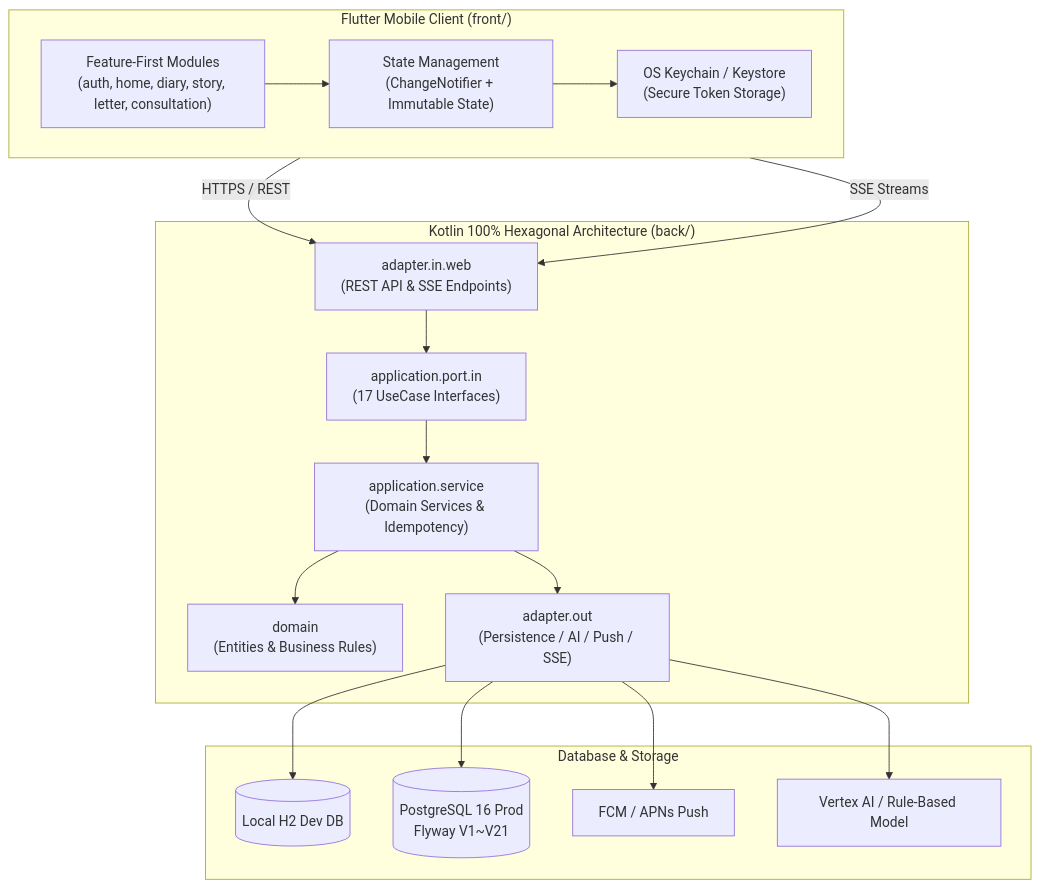
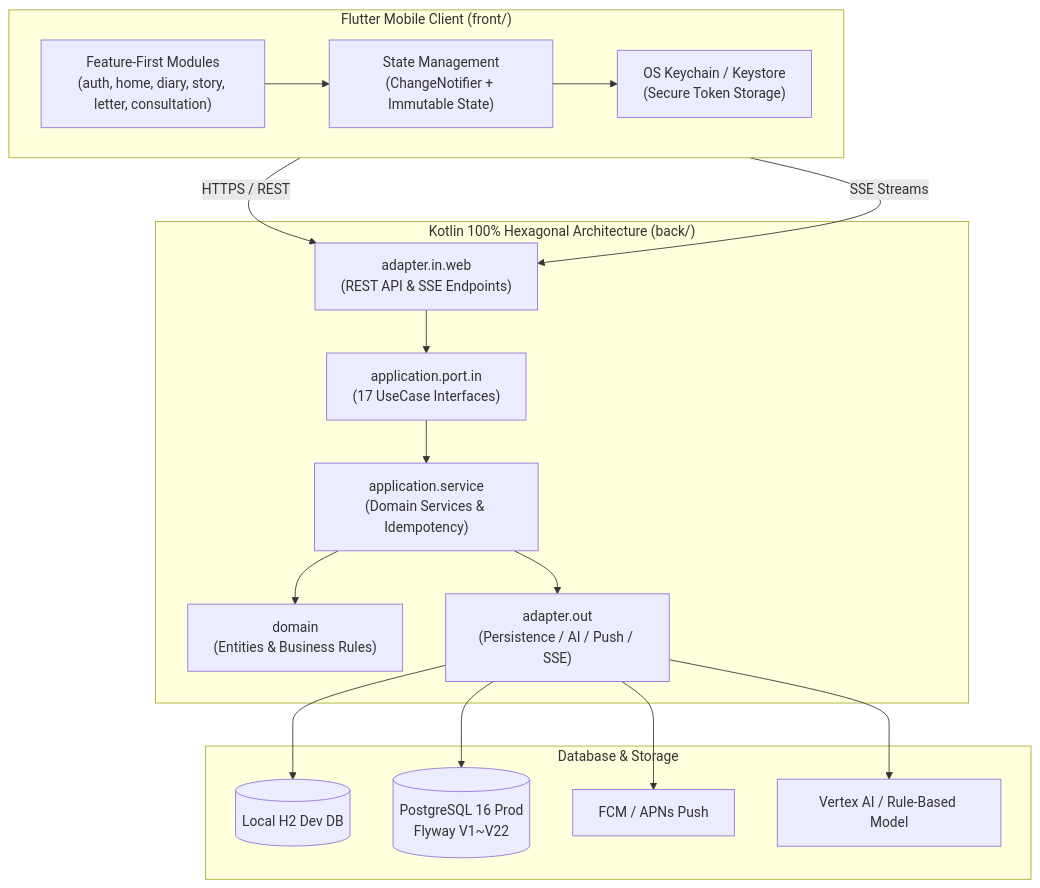
One commit to AquilaXk/maum-on-mobile changed the diagram in README.md. Above: the diagram before and after it, drawn with Mermaid. The commit also changed other lines of this file and 1 other file, not shown here.

````diff
--- a/README.md
+++ b/README.md
@@ -73,37 +73,37 @@
 ```mermaid
 flowchart TD
     subgraph MobileApp ["Flutter Mobile Client (front/)"]
         Features["Feature-First Modules\n(auth, home, diary, story, letter, consultation)"]
         State["State Management\n(ChangeNotifier + Immutable State)"]
         SecureStorage["OS Keychain / Keystore\n(Secure Token Storage)"]
         Features --> State
         State --> SecureStorage
     end
 
     subgraph Backend ["Kotlin 100% Hexagonal Architecture (back/)"]
         WebAdapters["adapter.in.web\n(REST API & SSE Endpoints)"]
         UseCases["application.port.in\n(17 UseCase Interfaces)"]
         Services["application.service\n(Domain Services & Idempotency)"]
         DomainModels["domain\n(Entities & Business Rules)"]
         OutAdapters["adapter.out\n(Persistence / AI / Push / SSE)"]
 
         WebAdapters --> UseCases
         UseCases --> Services
         Services --> DomainModels
         Services --> OutAdapters
     end
 
     subgraph Storage ["Database & Storage"]
         H2[(Local H2 Dev DB)]
-        PG[(PostgreSQL 16 Prod\nFlyway V1~V21)]
+        PG[(PostgreSQL 16 Prod\nFlyway V1~V22)]
         FCM["FCM / APNs Push"]
         Vertex["Vertex AI / Rule-Based Model"]
     end
 
     MobileApp -->|HTTPS / REST| WebAdapters
     MobileApp -->|SSE Streams| WebAdapters
     OutAdapters --> H2
     OutAdapters --> PG
     OutAdapters --> FCM
     OutAdapters --> Vertex
 ```
````
